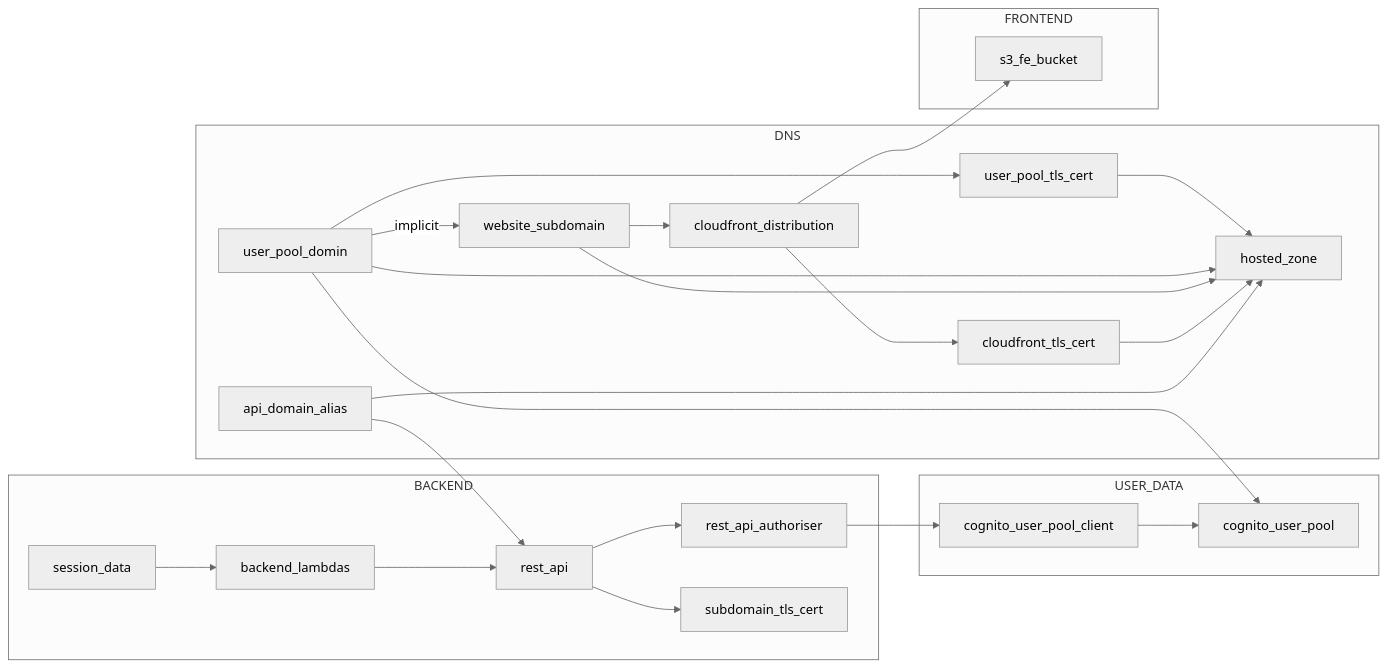
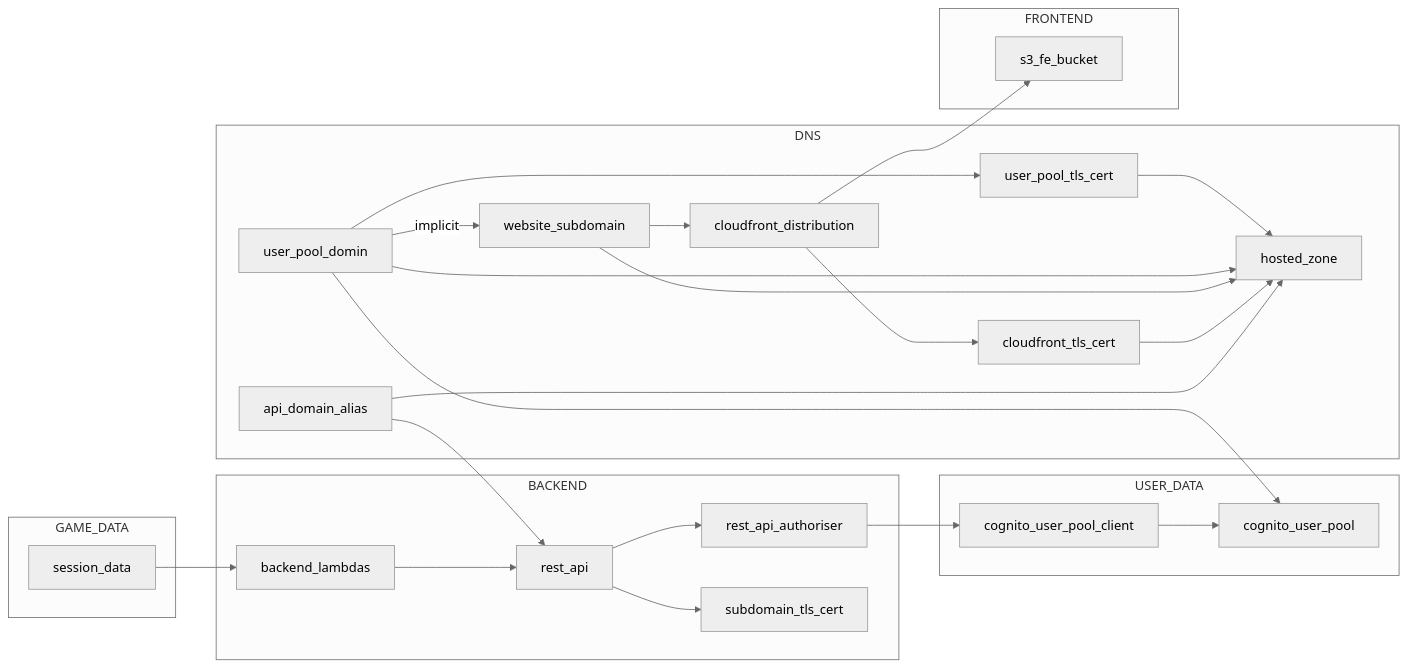
One commit to theUltimateZoltan/TGOB changed the diagram in services_graph.md. Above: the diagram before and after it, drawn with Mermaid (neutral theme).

Commit message:
game data stack planned

````diff
--- a/services_graph.md
+++ b/services_graph.md
@@ -1,45 +1,47 @@
 ```mermaid
 graph LR
     session_data-->backend_lambdas;
     backend_lambdas-->rest_api;
     rest_api-->rest_api_authoriser;
     rest_api-->subdomain_tls_cert;
     rest_api_authoriser-->cognito_user_pool_client;
     cognito_user_pool_client-->cognito_user_pool;
     user_pool_tls_cert-->hosted_zone;
     user_pool_domin-->cognito_user_pool;
     user_pool_domin-->user_pool_tls_cert;
     user_pool_domin-->hosted_zone;
     website_subdomain-->hosted_zone;
     website_subdomain-->cloudfront_distribution;
     cloudfront_distribution-->cloudfront_tls_cert;
     cloudfront_distribution-->s3_fe_bucket;
     user_pool_domin--implicit-->website_subdomain;
     cloudfront_tls_cert-->hosted_zone;
     api_domain_alias-->rest_api;
     api_domain_alias-->hosted_zone;
 
     subgraph DNS
         cloudfront_tls_cert;
         user_pool_tls_cert;
         hosted_zone;
         cloudfront_distribution;
         user_pool_domin;
         api_domain_alias;
         website_subdomain;
     end
     subgraph USER_DATA
         cognito_user_pool_client;
         cognito_user_pool;
     end
     subgraph BACKEND
         rest_api_authoriser;
         rest_api;
         backend_lambdas;
         subdomain_tls_cert;
+    end
+    subgraph GAME_DATA
         session_data;
     end
     subgraph FRONTEND
         s3_fe_bucket;
     end    
 ```
````
